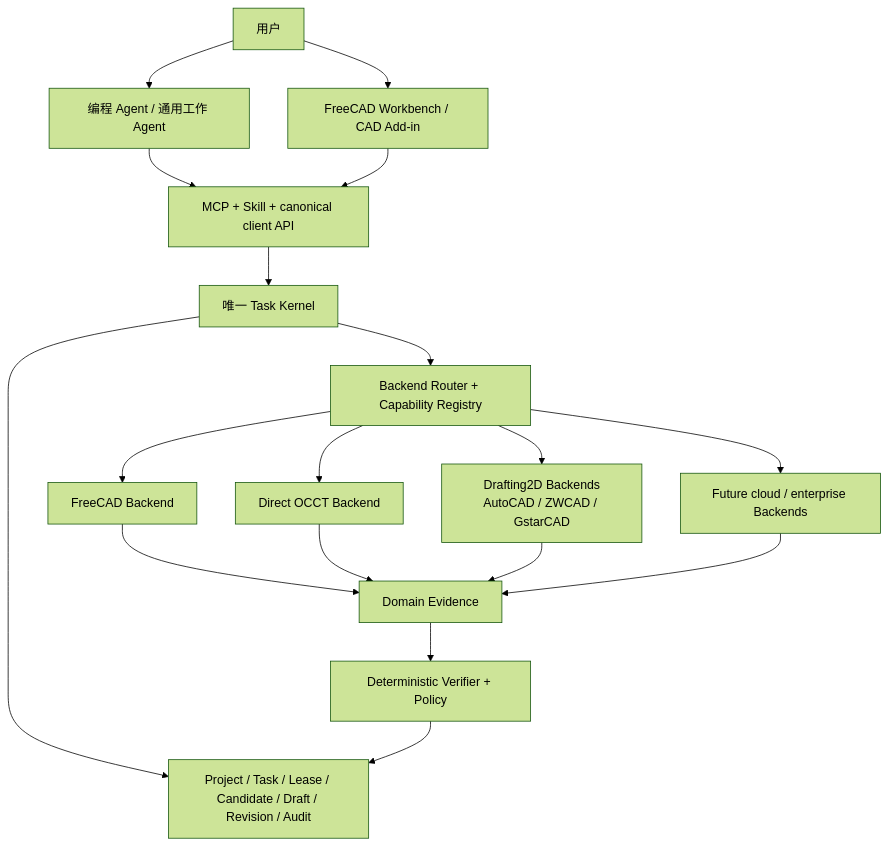
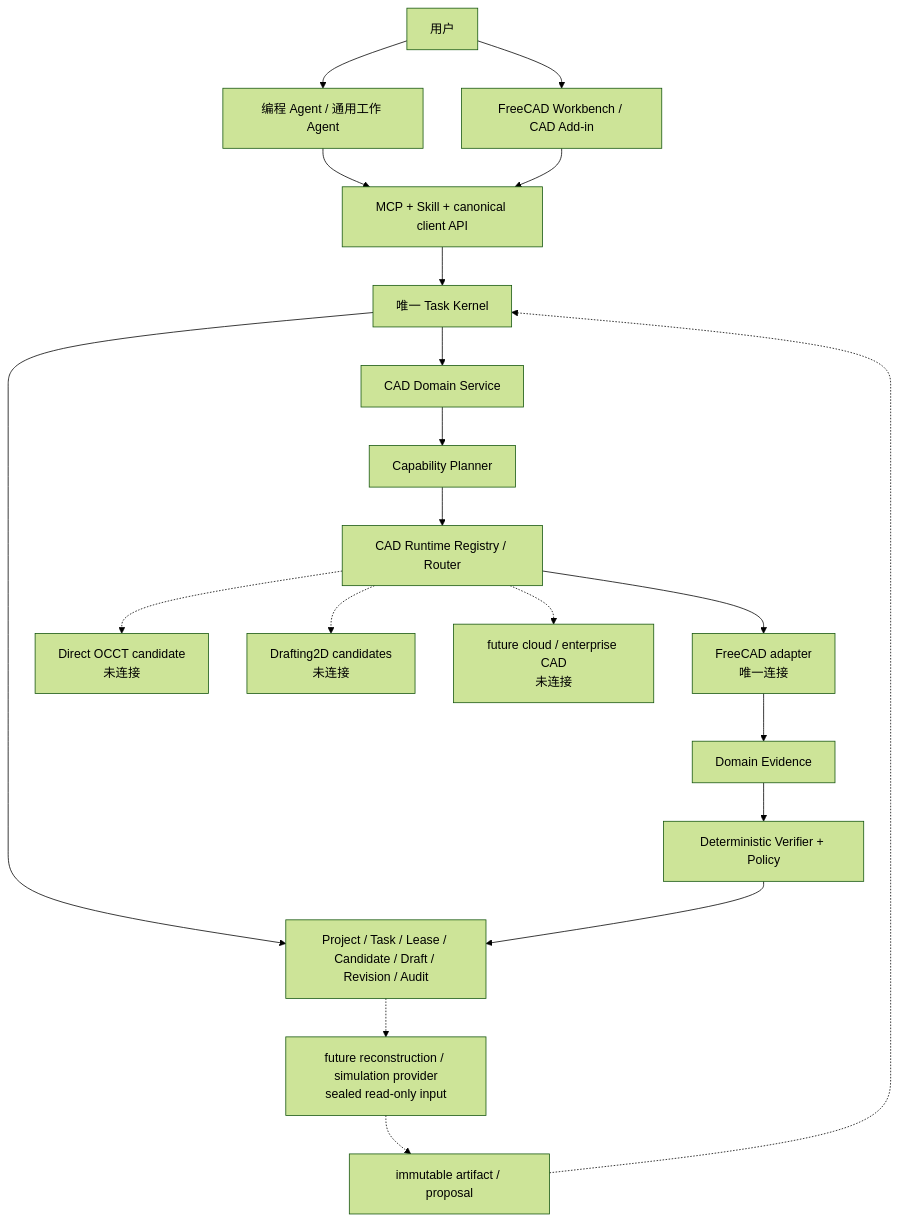
One commit to wangtao9090/VibeCAD changed the diagram in docs/PRODUCT_STRATEGY.md. Above: the diagram before and after it, drawn with Mermaid (forest theme). The commit also changed other lines of this file and 6 other files, not shown here.

Commit message:
docs(architecture): define multi-runtime CAD boundary

````diff
--- a/docs/PRODUCT_STRATEGY.md
+++ b/docs/PRODUCT_STRATEGY.md
@@ -192,20 +196,22 @@
 ```mermaid
 flowchart TB
     U["用户"] --> H["编程 Agent / 通用工作 Agent"]
     U --> UI["FreeCAD Workbench / CAD Add-in"]
     H --> API["MCP + Skill + canonical client API"]
     UI --> API
     API --> K["唯一 Task Kernel"]
     K --> S["Project / Task / Lease / Candidate / Draft / Revision / Audit"]
-    K --> R["Backend Router + Capability Registry"]
-    R --> F["FreeCAD Backend"]
-    R --> O["Direct OCCT Backend"]
-    R --> D["Drafting2D Backends<br/>AutoCAD / ZWCAD / GstarCAD"]
-    R --> C["Future cloud / enterprise Backends"]
+    K --> C["CAD Domain Service"]
+    C --> P["Capability Planner"]
+    P --> R["CAD Runtime Registry / Router"]
+    R --> F["FreeCAD adapter<br/>唯一连接"]
+    R -.-> O["Direct OCCT candidate<br/>未连接"]
+    R -.-> D["Drafting2D candidates<br/>未连接"]
+    R -.-> X["future cloud / enterprise CAD<br/>未连接"]
     F --> E["Domain Evidence"]
-    O --> E
-    D --> E
-    C --> E
     E --> V["Deterministic Verifier + Policy"]
     V --> S
+    S -.-> Q["future reconstruction / simulation provider<br/>sealed read-only input"]
+    Q -.-> A["immutable artifact / proposal"]
+    A -.-> K
 ```
````
